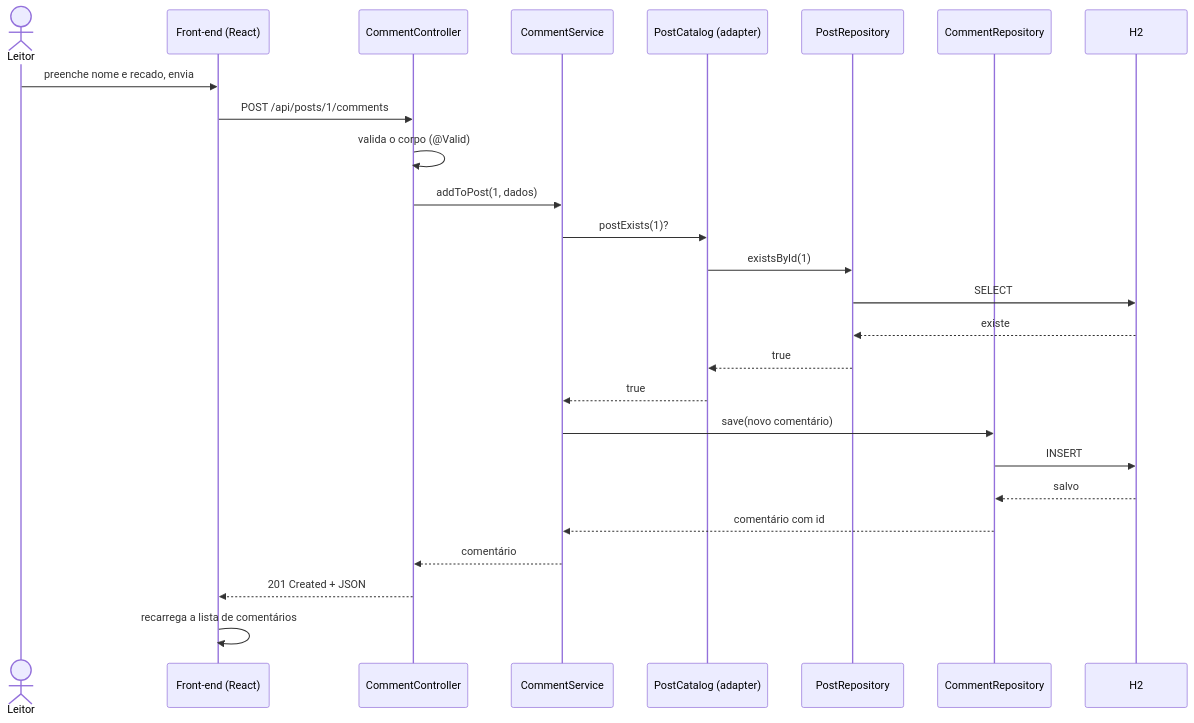
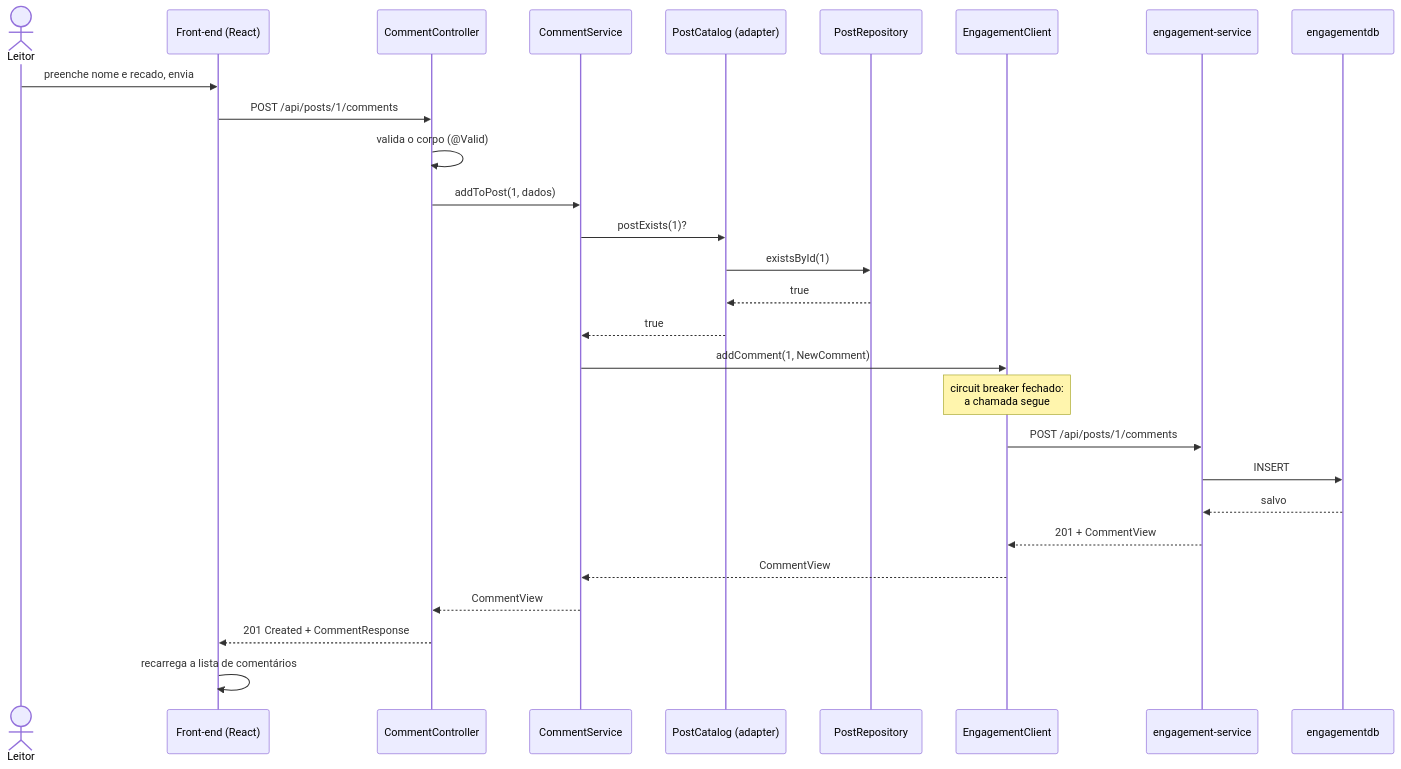
One commit to vctorgriggi/Projeto-Bloco-Teste-Performance-02 changed the second of 3 diagrams in docs/ARQUITETURA.md. Above: the diagram before and after it, drawn with Mermaid. The commit also changed other lines of this file and 98 other files, not shown here.

````diff
--- a/docs/ARQUITETURA.md
+++ b/docs/ARQUITETURA.md
@@ -104,29 +151,31 @@
 ```mermaid
 sequenceDiagram
     actor Leitor
     participant Front as Front-end (React)
     participant CC as CommentController
     participant CS as CommentService
     participant PCAT as PostCatalog (adapter)
     participant PR as PostRepository
-    participant CR as CommentRepository
-    participant DB as H2
+    participant CLI as EngagementClient
+    participant MS as engagement-service
+    participant DB2 as engagementdb
 
     Leitor->>Front: preenche nome e recado, envia
     Front->>CC: POST /api/posts/1/comments
     CC->>CC: valida o corpo (@Valid)
     CC->>CS: addToPost(1, dados)
     CS->>PCAT: postExists(1)?
     PCAT->>PR: existsById(1)
-    PR->>DB: SELECT
-    DB-->>PR: existe
     PR-->>PCAT: true
     PCAT-->>CS: true
-    CS->>CR: save(novo comentário)
-    CR->>DB: INSERT
-    DB-->>CR: salvo
-    CR-->>CS: comentário com id
-    CS-->>CC: comentário
-    CC-->>Front: 201 Created + JSON
+    CS->>CLI: addComment(1, NewComment)
+    Note over CLI: circuit breaker fechado:<br/>a chamada segue
+    CLI->>MS: POST /api/posts/1/comments
+    MS->>DB2: INSERT
+    DB2-->>MS: salvo
+    MS-->>CLI: 201 + CommentView
+    CLI-->>CS: CommentView
+    CS-->>CC: CommentView
+    CC-->>Front: 201 Created + CommentResponse
     Front->>Front: recarrega a lista de comentários
 ```
````
